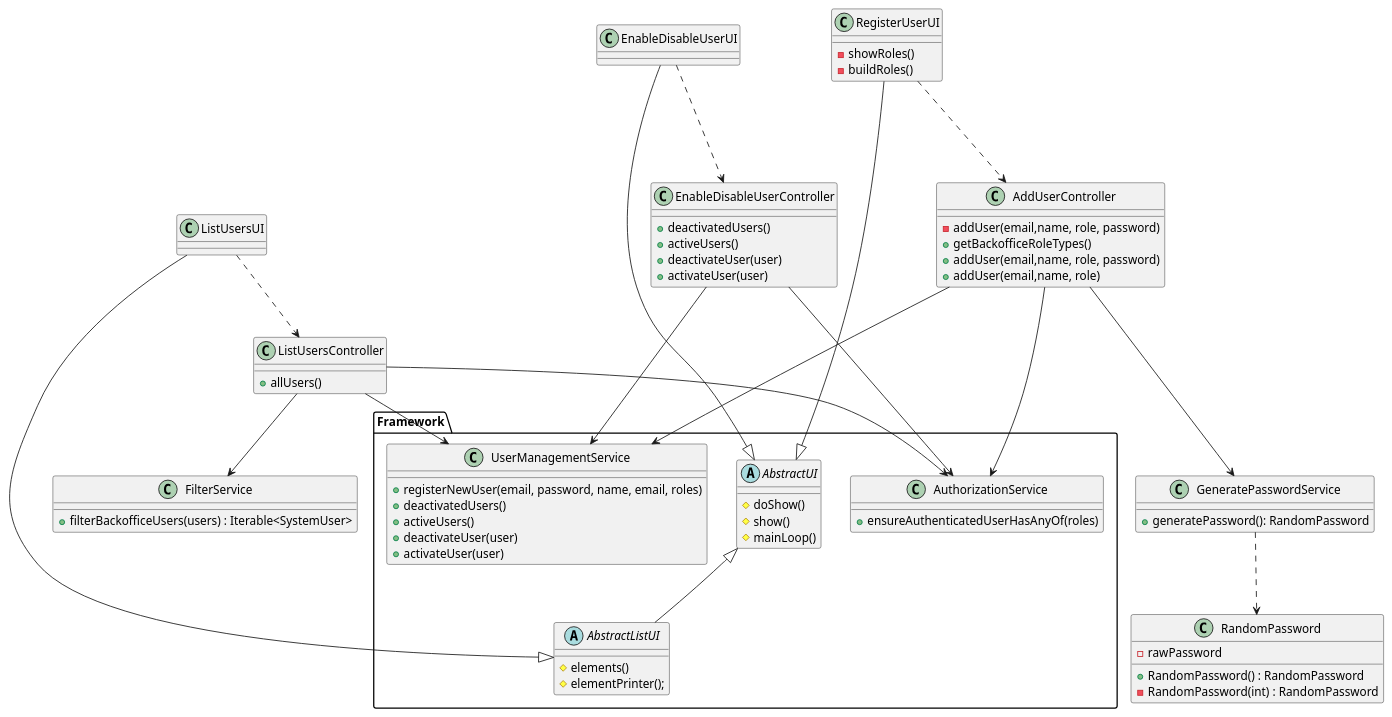
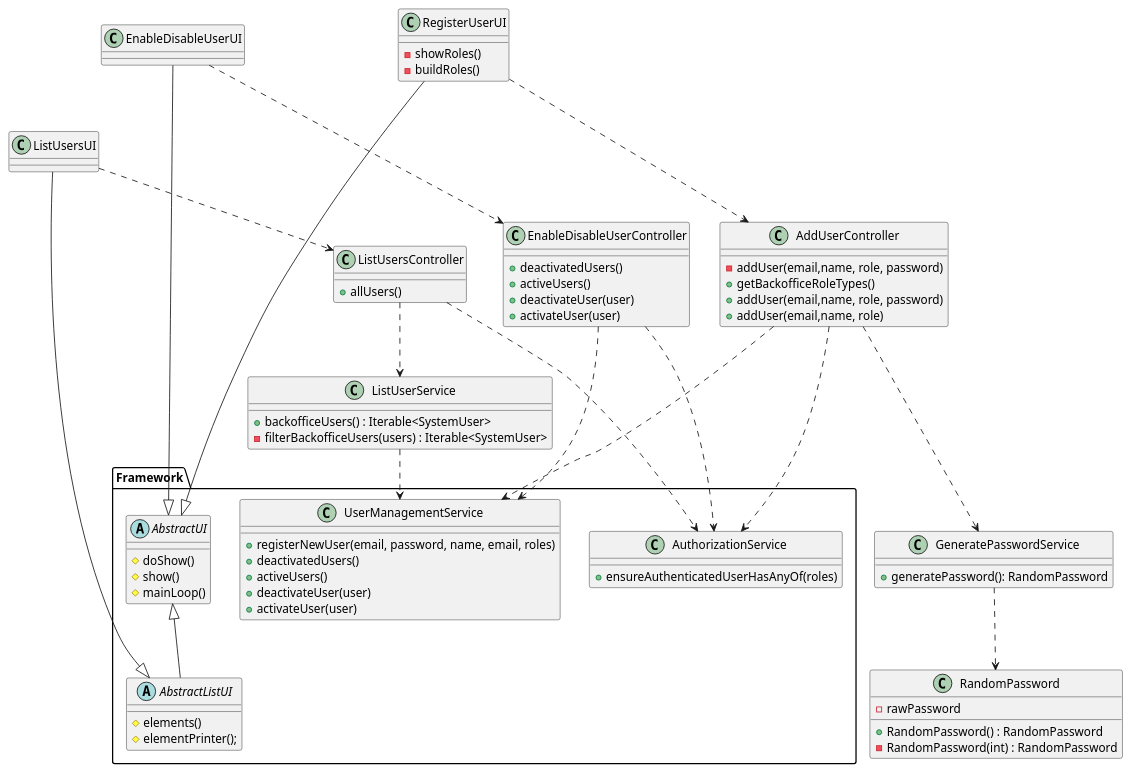
The diagram in docs/sb_us_1000/class-diagram.puml (rita-barbosa/LAPR4-2324), drawn with PlantUML before and after one commit. The commit also changed 5 other files, not shown here.

Commit message:
docs: updates us_1000 sequence and class diagrams. [#83]

```diff
--- a/docs/sb_us_1000/class-diagram.puml
+++ b/docs/sb_us_1000/class-diagram.puml
@@ -1,104 +1,105 @@
 @startuml
 
 
 ' Services
 package Framework {
 abstract class AbstractUI {
     # doShow()
     # show()
     # mainLoop()
 }
 abstract class AbstractListUI{
     # elements()
     # elementPrinter();
 }
 
 class AuthorizationService {
     + ensureAuthenticatedUserHasAnyOf(roles)
 }
 
 class UserManagementService {
     + registerNewUser(email, password, name, email, roles)
     + deactivatedUsers()
     + activeUsers()
     + deactivateUser(user)
     + activateUser(user)
 }
 
 }
 
 
 class RegisterUserUI {
 - showRoles()
 - buildRoles()
 }
 class ListUsersUI {
 
 }
 class EnableDisableUserUI {
 
 }
 
 
 class AddUserController{
 - addUser(email,name, role, password)
 + getBackofficeRoleTypes()
 + addUser(email,name, role, password)
 + addUser(email,name, role)
 }
 class ListUsersController  {
 + allUsers()
 }
 
 class EnableDisableUserController  {
 + deactivatedUsers()
 + activeUsers()
 + deactivateUser(user)
 + activateUser(user)
 }
 
 class GeneratePasswordService {
 + generatePassword(): RandomPassword
 }
 
-class FilterService{
-+ filterBackofficeUsers(users) : Iterable<SystemUser>
+class ListUserService{
++ backofficeUsers() : Iterable<SystemUser>
+- filterBackofficeUsers(users) : Iterable<SystemUser>
 }
 
 class RandomPassword{
 - rawPassword
 + RandomPassword() : RandomPassword
 - RandomPassword(int) : RandomPassword
 }
 
 AbstractUI <|--- RegisterUserUI
 AbstractUI <|-- AbstractListUI
 AbstractListUI <|-- ListUsersUI
 AbstractUI <|- EnableDisableUserUI
 
 
 RegisterUserUI .--> AddUserController
-AddUserController ---> AuthorizationService
-AddUserController ---> UserManagementService
-AddUserController ---> GeneratePasswordService
+AddUserController .--> AuthorizationService
+AddUserController .--> UserManagementService
+AddUserController .--> GeneratePasswordService
 GeneratePasswordService .-> RandomPassword
 
 ListUsersUI .-> ListUsersController
-ListUsersController --> AuthorizationService
-ListUsersController ---> UserManagementService
-ListUsersController --> FilterService
+ListUsersController .--> AuthorizationService
+ListUserService .-> UserManagementService
+ListUsersController .-> ListUserService
 
 EnableDisableUserUI .--> EnableDisableUserController
-EnableDisableUserController ---> AuthorizationService
-EnableDisableUserController ---> UserManagementService
+EnableDisableUserController .--> AuthorizationService
+EnableDisableUserController .--> UserManagementService
 
 
 
 
 
 
 
 
 
 
 @enduml
```
